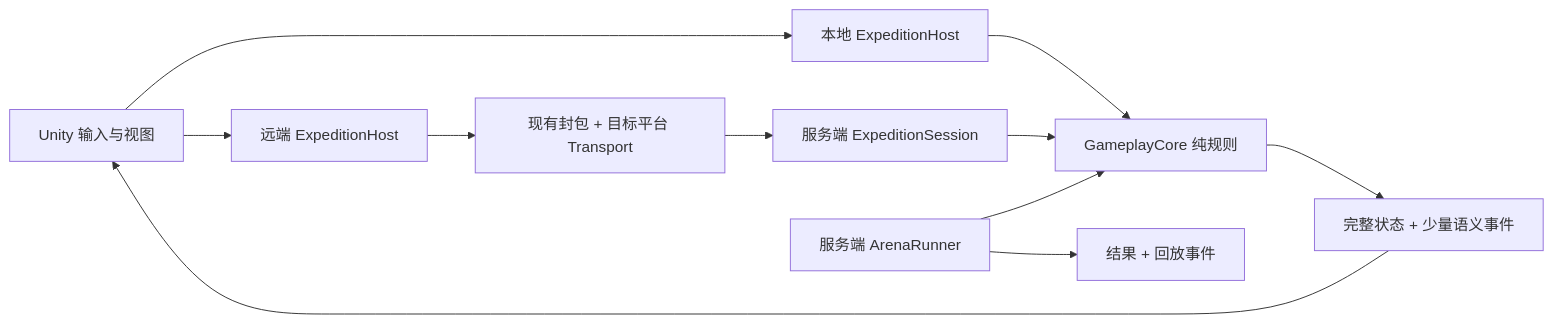
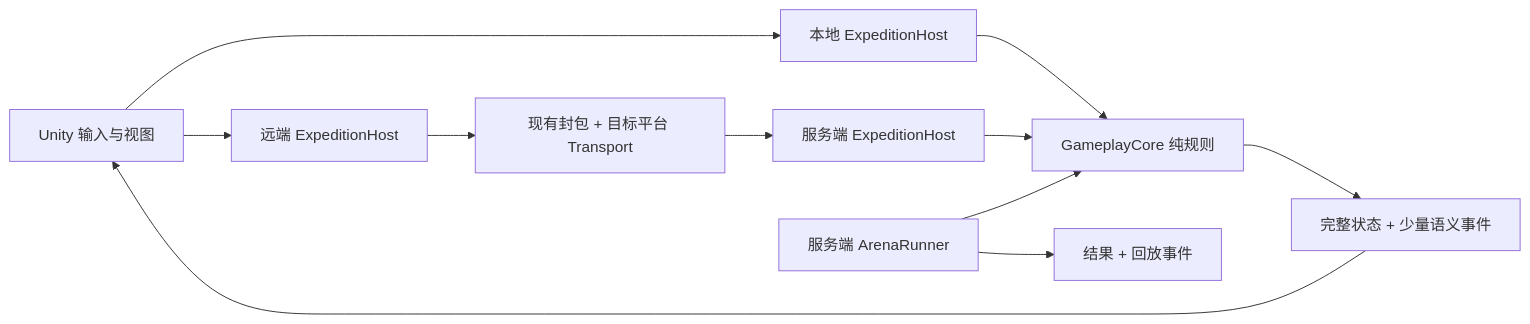
Before and after one commit to ghoul2017/game1: the diagram in docs/技术先行版本计划/百炼Like技术先行落地方案.md, drawn with Mermaid. The commit also changed other lines of this file and 57 other files, not shown here.

````diff
--- a/docs/技术先行版本计划/百炼Like技术先行落地方案.md
+++ b/docs/技术先行版本计划/百炼Like技术先行落地方案.md
@@ -105,13 +106,13 @@
 ```mermaid
 flowchart LR
     Input["Unity 输入与视图"] --> Local["本地 ExpeditionHost"]
     Local --> Core["GameplayCore 纯规则"]
     Input --> Remote["远端 ExpeditionHost"]
     Remote --> Transport["现有封包 + 目标平台 Transport"]
-    Transport --> Server["服务端 ExpeditionSession"]
+    Transport --> Server["服务端 ExpeditionHost"]
     Server --> Core
     Core --> Snapshot["完整状态 + 少量语义事件"]
     Snapshot --> Input
     Arena["服务端 ArenaRunner"] --> Core
     Arena --> Replay["结果 + 回放事件"]
 ```
````
